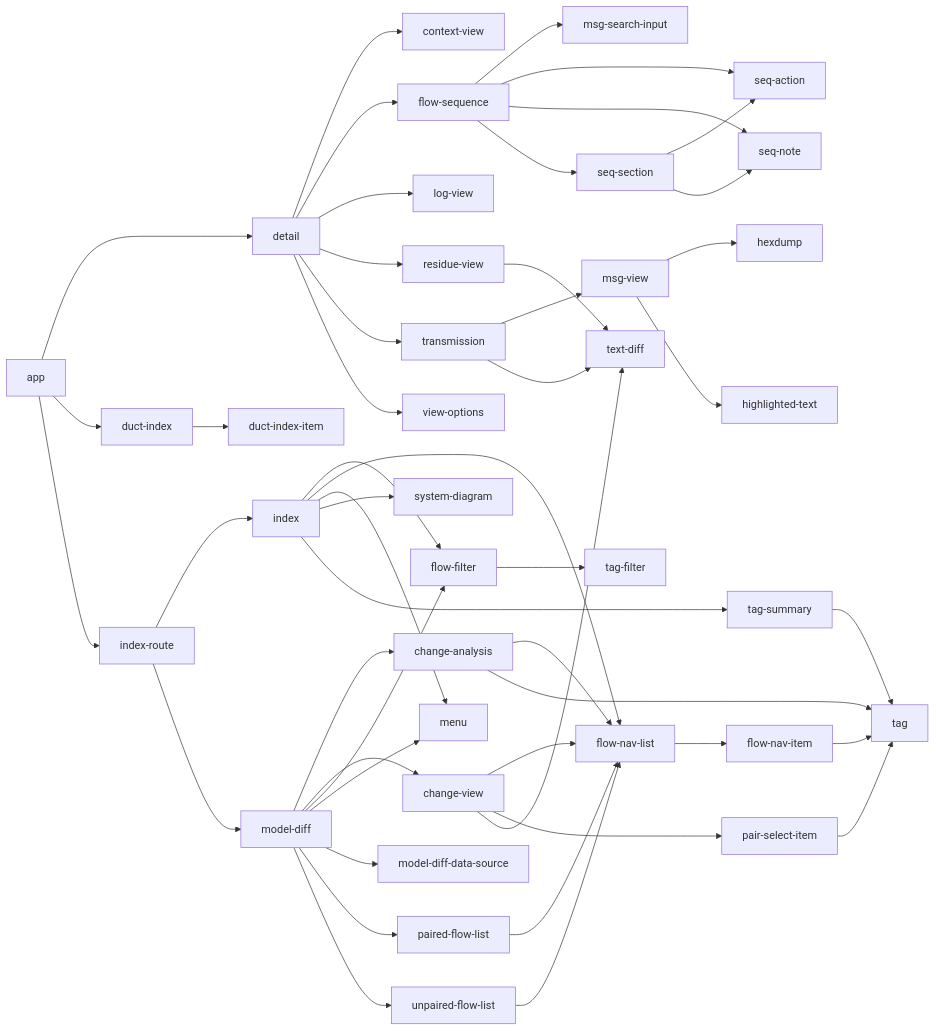
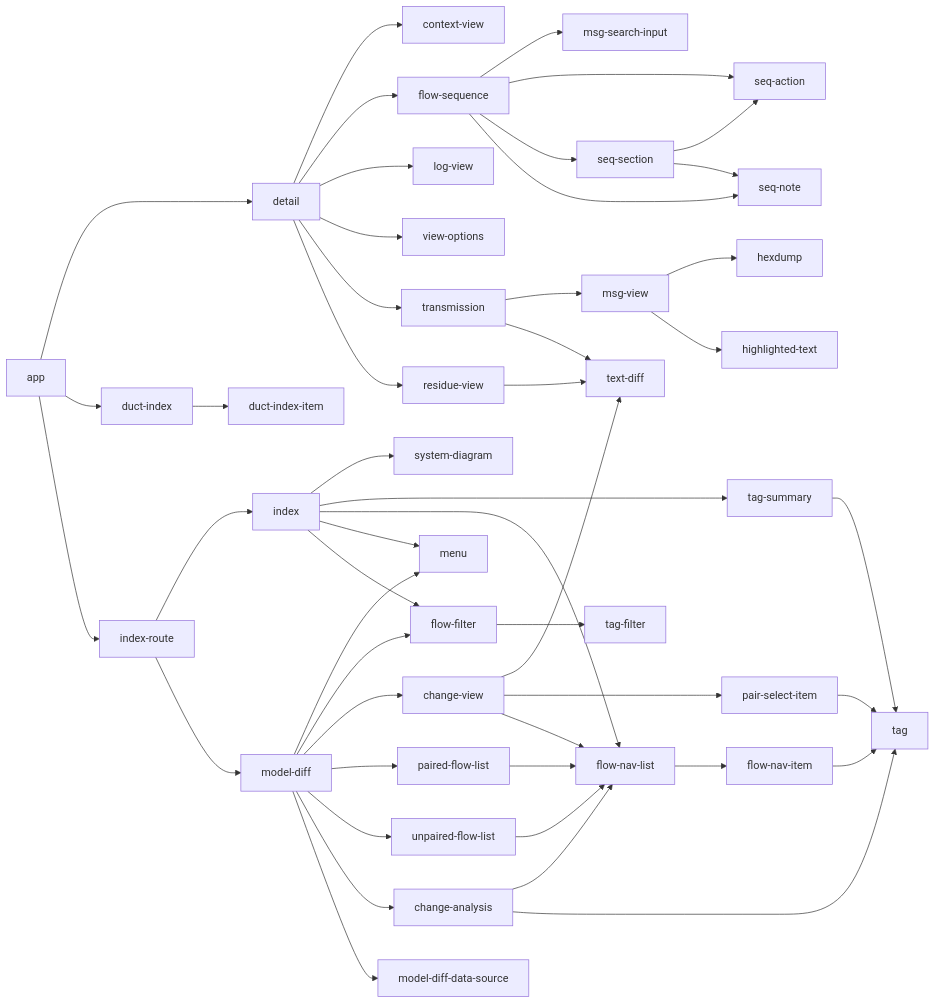
Before and after one commit to Mastercard/flow: the diagram in report/report-ng/README.md, drawn with Mermaid. The commit also changed other lines of this file and 1 other file, not shown here.

Commit message:
tuned diagram legibility

````diff
--- a/report/report-ng/README.md
+++ b/report/report-ng/README.md
@@ -55,50 +55,50 @@
 ```mermaid
 graph LR
   app --> detail
   app --> duct-index
   app --> index-route
   change-analysis --> flow-nav-list
   change-analysis --> tag
+  change-view --> text-diff
+  change-view --> pair-select-item
   change-view --> flow-nav-list
-  change-view --> pair-select-item
-  change-view --> text-diff
   detail --> context-view
   detail --> flow-sequence
   detail --> log-view
+  detail --> view-options
+  detail --> transmission
   detail --> residue-view
-  detail --> transmission
-  detail --> view-options
   duct-index --> duct-index-item
   flow-filter --> tag-filter
   flow-nav-item --> tag
   flow-nav-list --> flow-nav-item
   flow-sequence --> msg-search-input
   flow-sequence --> seq-action
+  flow-sequence --> seq-section
   flow-sequence --> seq-note
-  flow-sequence --> seq-section
-  index --> flow-filter
+  index --> system-diagram
+  index --> tag-summary
   index --> flow-nav-list
   index --> menu
-  index --> system-diagram
-  index --> tag-summary
+  index --> flow-filter
   index-route --> index
   index-route --> model-diff
-  model-diff --> change-analysis
+  model-diff --> menu
+  model-diff --> flow-filter
   model-diff --> change-view
-  model-diff --> flow-filter
-  model-diff --> menu
-  model-diff --> model-diff-data-source
   model-diff --> paired-flow-list
   model-diff --> unpaired-flow-list
+  model-diff --> change-analysis
+  model-diff --> model-diff-data-source
   msg-view --> hexdump
   msg-view --> highlighted-text
   pair-select-item --> tag
   paired-flow-list --> flow-nav-list
   residue-view --> text-diff
   seq-section --> seq-action
   seq-section --> seq-note
   tag-summary --> tag
   transmission --> msg-view
   transmission --> text-diff
   unpaired-flow-list --> flow-nav-list
 ```
````
